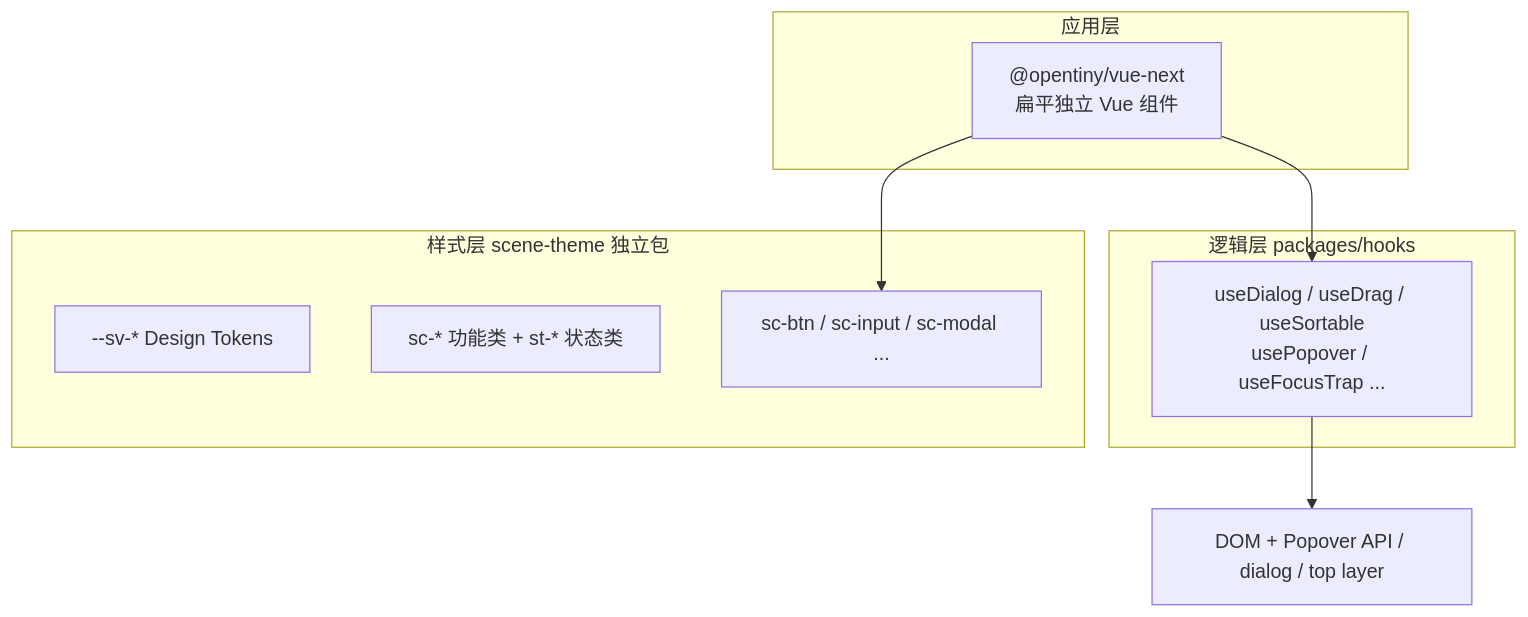
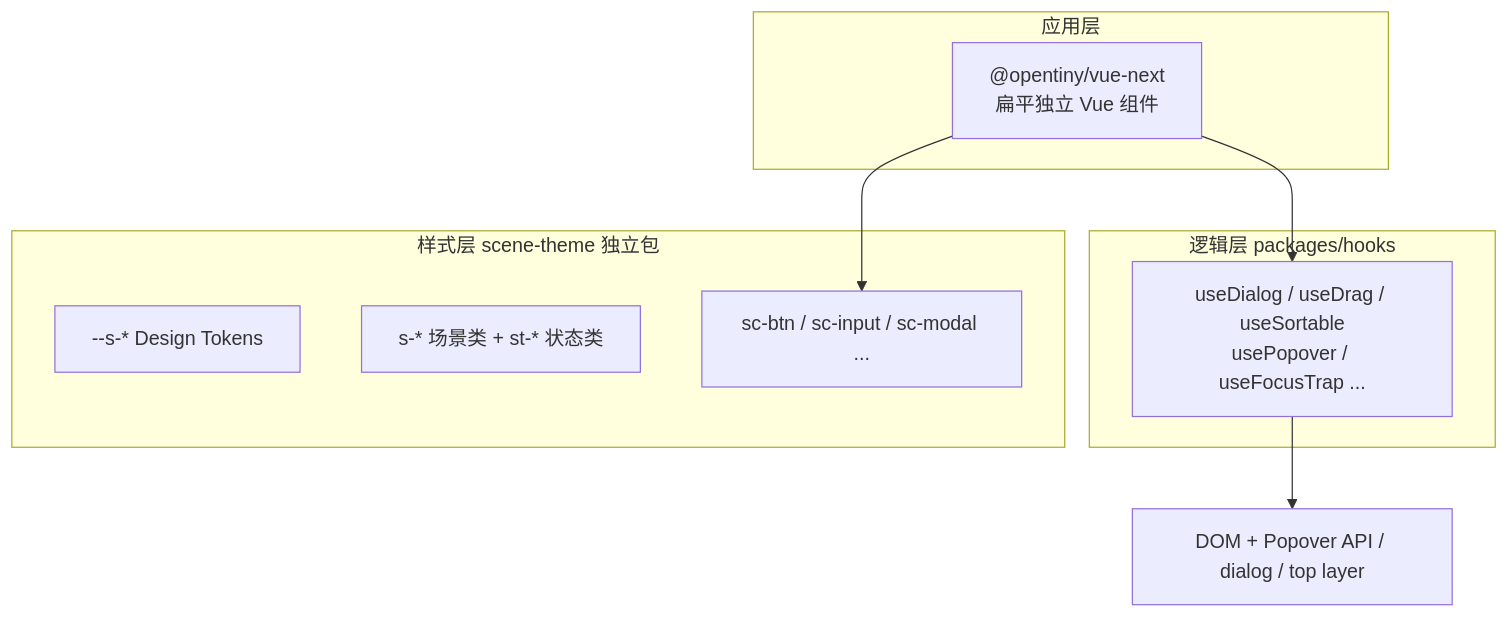
Before and after one commit to shenjunjian/ai-vui: the diagram in .cursor/plans/vue-next_组件体系_26658b88.plan.md, drawn with Mermaid. The commit also changed other lines of this file and 22 other files, not shown here.

````diff
--- a/.cursor/plans/vue-next_组件体系_26658b88.plan.md
+++ b/.cursor/plans/vue-next_组件体系_26658b88.plan.md
@@ -33,17 +33,17 @@
 ```mermaid
 flowchart TB
   subgraph app [应用层]
     VueComponents["@opentiny/vue-next\n扁平独立 Vue 组件"]
   end
   subgraph logic [逻辑层 packages/hooks]
     Hooks["useDialog / useDrag / useSortable\nusePopover / useFocusTrap ..."]
   end
   subgraph style [样式层 scene-theme 独立包]
-    Tokens["--sv-* Design Tokens"]
-    Atoms["sc-* 功能类 + st-* 状态类"]
-    Scenes["sc-btn / sc-input / sc-modal ..."]
+    Tokens["--s-* Design Tokens"]
+    Atoms["s-* 场景类 + st-* 状态类"]
+    Component["sc-btn / sc-input / sc-modal ..."]
   end
   VueComponents --> Hooks
-  VueComponents --> Scenes
+  VueComponents --> Component
   Hooks --> DOM["DOM + Popover API / dialog / top layer"]
 ```
````
